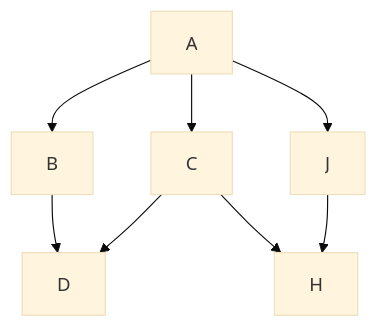
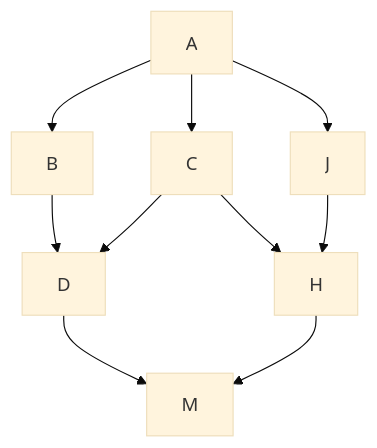
One commit to ama-player0000/java-sample-question changed the diagram in README.md. Above: the diagram before and after it, drawn with Mermaid (base theme).

````diff
--- a/README.md
+++ b/README.md
@@ -8,10 +8,12 @@
 ```mermaid
 graph TD;
     A-->B;
     A-->C;
     A-->J;
     B-->D;
     C-->D;
     C-->H;
     J-->H;
+    D-->M;
+    H-->M;
 ```
````
